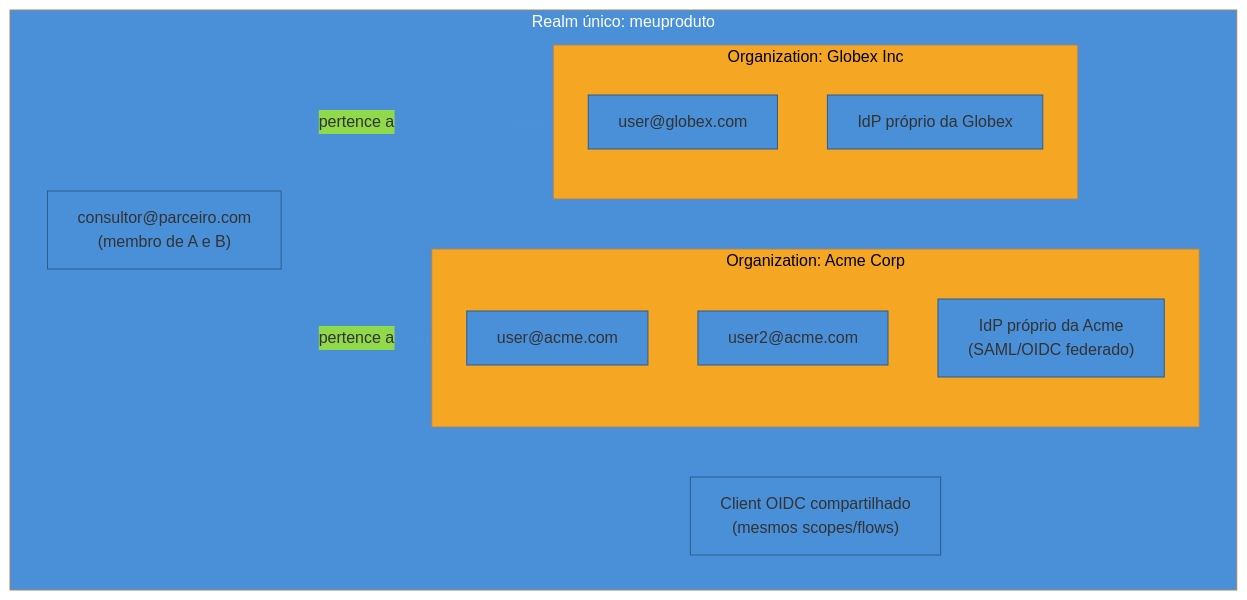
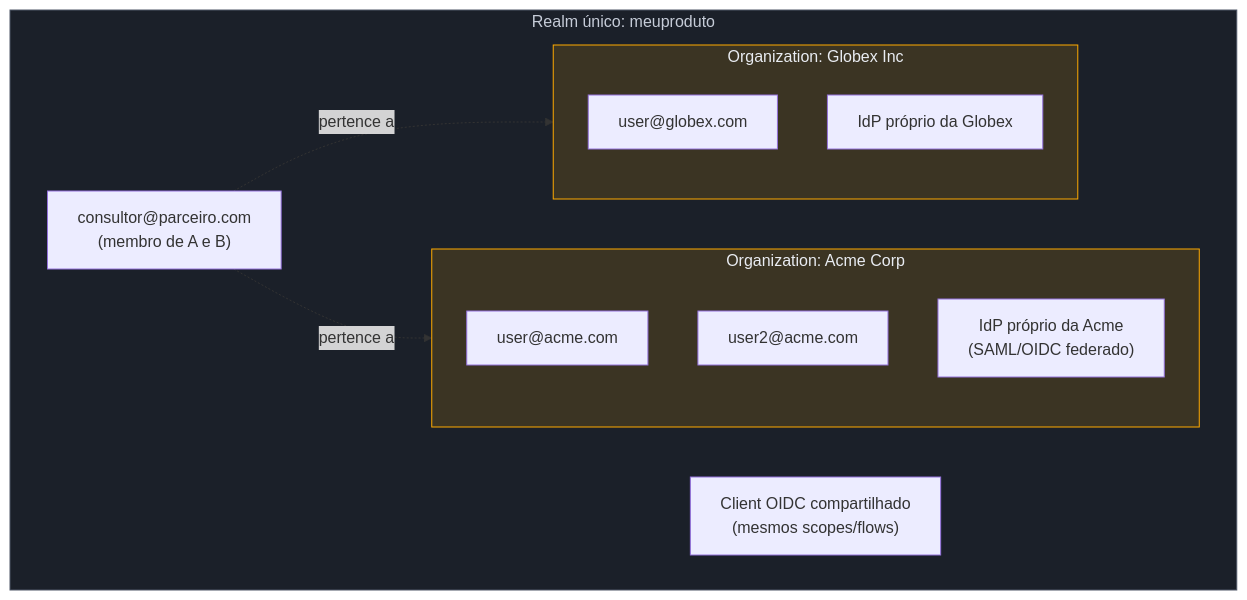
Before and after one commit to josenaldo/codex-technomanticus: the second of 5 diagrams in 03-Dominios/Engenharia/Auth e Identidade/5 - Keycloak/02 - Keycloak em produção.md, drawn with Mermaid. The commit also changed other lines of this file and 1181 other files, not shown here.

First line of the commit message:
fix(diagramas): paleta do sistema no lugar de cor cravada no markdown

````diff
--- a/03-Dominios/Engenharia/Auth e Identidade/5 - Keycloak/02 - Keycloak em produção.md
+++ b/03-Dominios/Engenharia/Auth e Identidade/5 - Keycloak/02 - Keycloak em produção.md
@@ -64,23 +65,24 @@
 ```mermaid
-%%{init: {"theme": "base", "themeVariables": {"primaryColor": "#4A90D9", "primaryBorderColor": "#2E5C8A", "lineColor": "#4A90D9"}}}%%
 graph TD
+    classDef neutro fill:#1B2029,stroke:#4E5666,color:#C6CCD8
+    classDef destaque fill:#FFAA0024,stroke:#FFAA00,color:#E9ECF2
     subgraph Realm["Realm único: meuproduto"]
         Client["Client OIDC compartilhado<br/>(mesmos scopes/flows)"]
         subgraph OrgA["Organization: Acme Corp"]
             UA1["user@acme.com"]
             UA2["user2@acme.com"]
             IdPA["IdP próprio da Acme<br/>(SAML/OIDC federado)"]
         end
         subgraph OrgB["Organization: Globex Inc"]
             UB1["user@globex.com"]
             IdPB["IdP próprio da Globex"]
         end
         Consultor["consultor@parceiro.com<br/>(membro de A e B)"]
     end
     Consultor -.->|"pertence a"| OrgA
     Consultor -.->|"pertence a"| OrgB
 
-    style Realm fill:#4A90D9,color:#fff
-    style OrgA fill:#F5A623,color:#000
-    style OrgB fill:#F5A623,color:#000
+    class Realm neutro
+    class OrgA destaque
+    class OrgB destaque
 ```
````
